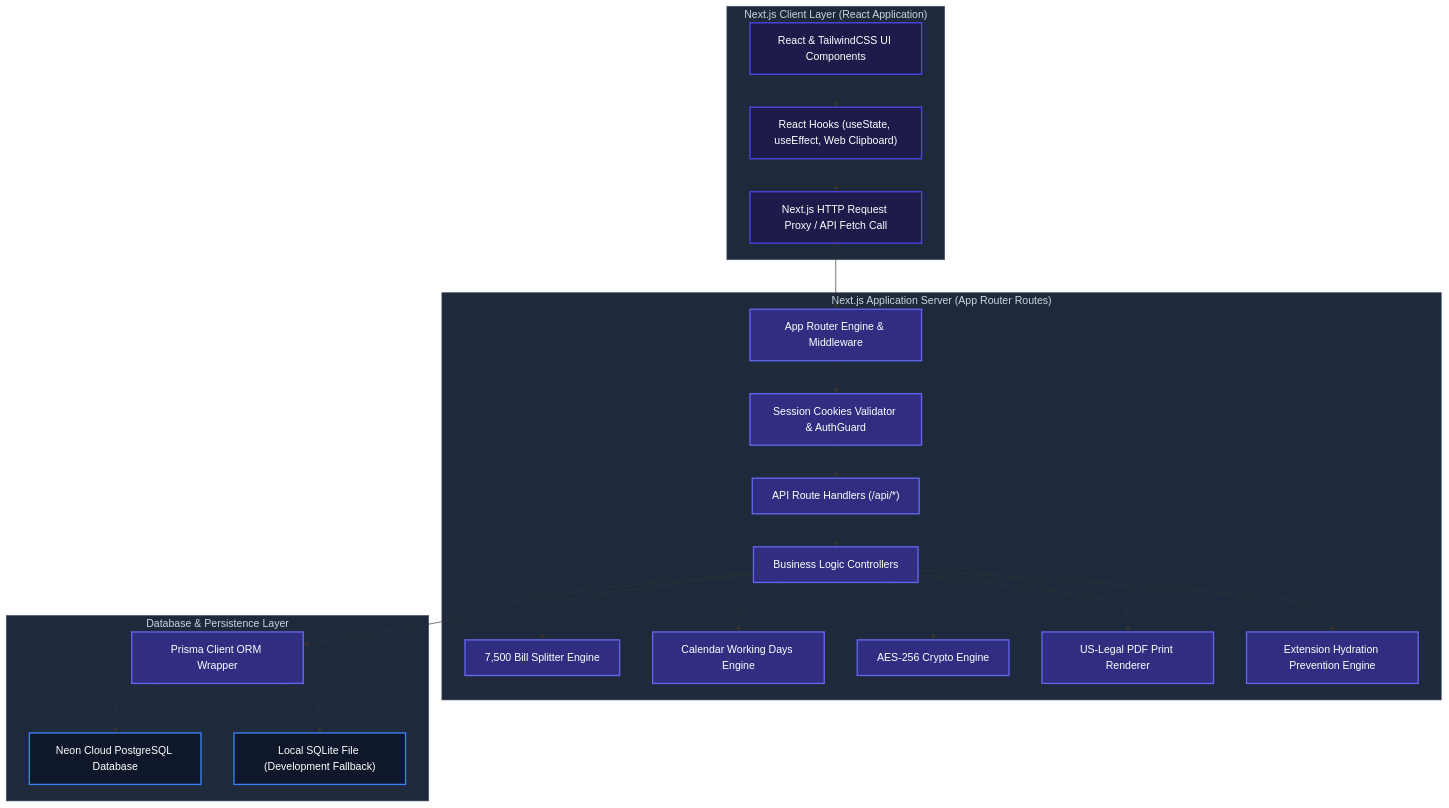
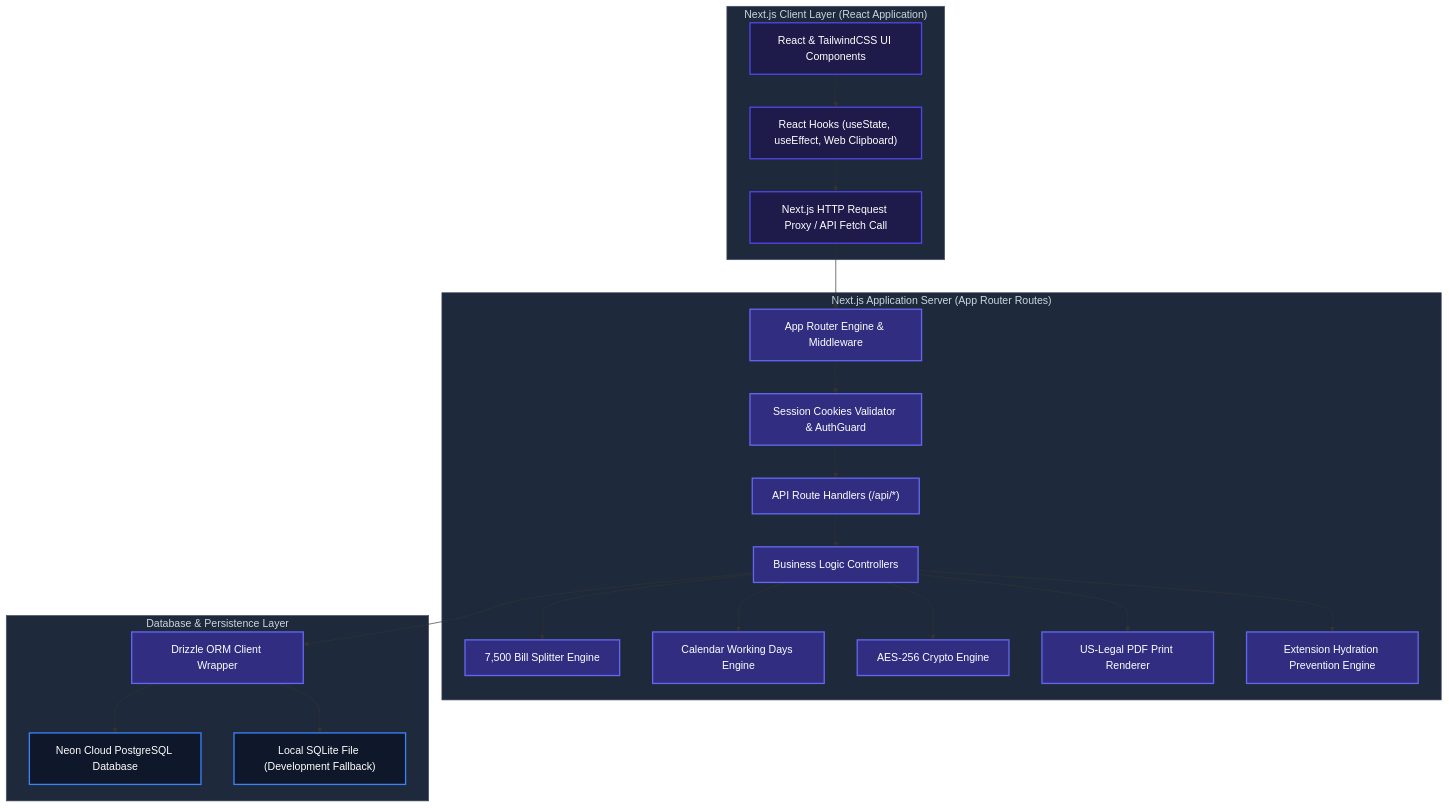
One commit to syedarifulislamemon2010/Late-Sitting-Holiday-Night-Duty changed the diagram in README.md. Above: the diagram before and after it, drawn with Mermaid. The commit also changed other lines of this file, not shown here.

Commit message:
Replace Prisma with Drizzle ORM in README

````diff
--- a/README.md
+++ b/README.md
@@ -27,35 +27,35 @@
 ```mermaid
 graph TD
     %% Styling
     classDef client fill:#1e1b4b,stroke:#4f46e5,stroke-width:2px,color:#fff;
     classDef server fill:#312e81,stroke:#6366f1,stroke-width:2px,color:#fff;
     classDef storage fill:#0f172a,stroke:#3b82f6,stroke-width:2px,color:#fff;
     classDef box fill:#1e293b,stroke:#475569,stroke-width:1px,color:#cbd5e1;
 
     subgraph Client["Next.js Client Layer (React Application)"]
         UI["React & TailwindCSS UI Components"]:::client --> State["React Hooks (useState, useEffect, Web Clipboard)"]:::client
         State --> Proxy["Next.js HTTP Request Proxy / API Fetch Call"]:::client
     end
 
     subgraph Server["Next.js Application Server (App Router Routes)"]
         Proxy --> Router["App Router Engine & Middleware"]:::server
         Router --> Auth["Session Cookies Validator & AuthGuard"]:::server
         Auth --> Endpoints["API Route Handlers (/api/*)"]:::server
         Endpoints --> BusinessLogic["Business Logic Controllers"]:::server
         
         %% Mechanisms
         BusinessLogic --> LimitSplitter["7,500 Bill Splitter Engine"]:::server
         BusinessLogic --> CalendarEngine["Calendar Working Days Engine"]:::server
         BusinessLogic --> CryptoEngine["AES-256 Crypto Engine"]:::server
         BusinessLogic --> PrintStyles["US-Legal PDF Print Renderer"]:::server
         BusinessLogic --> ExtensionFix["Extension Hydration Prevention Engine"]:::server
     end
 
     subgraph Storage["Database & Persistence Layer"]
-        BusinessLogic --> Prisma["Prisma Client ORM Wrapper"]:::server
-        Prisma --> NeonPostgreSQL["Neon Cloud PostgreSQL Database"]:::storage
-        Prisma --> LocalSQLite["Local SQLite File (Development Fallback)"]:::storage
+        BusinessLogic --> Drizzle["Drizzle ORM Client Wrapper"]:::server
+        Drizzle --> NeonPostgreSQL["Neon Cloud PostgreSQL Database"]:::storage
+        Drizzle --> LocalSQLite["Local SQLite File (Development Fallback)"]:::storage
     end
 
     class Client,Server,Storage box;
 ```
````
